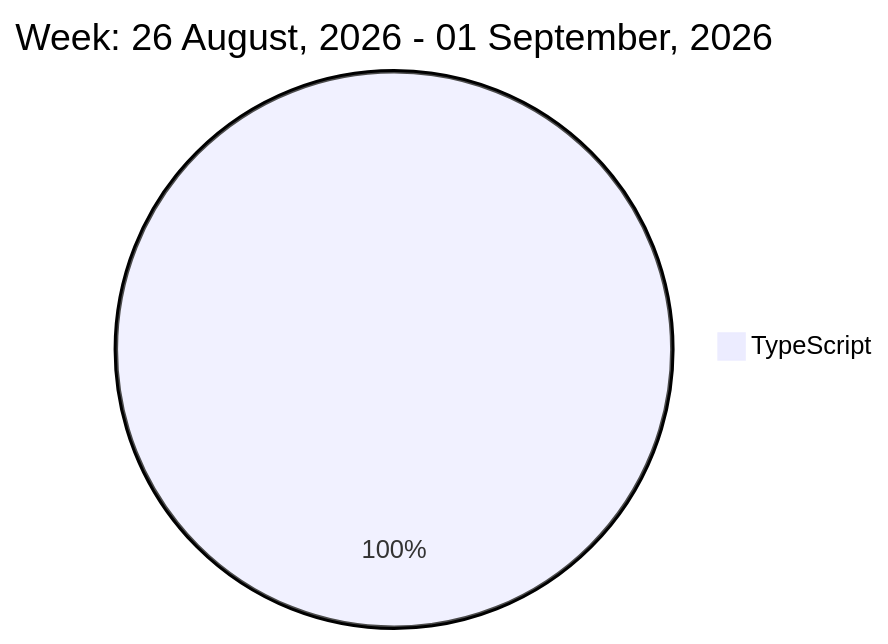
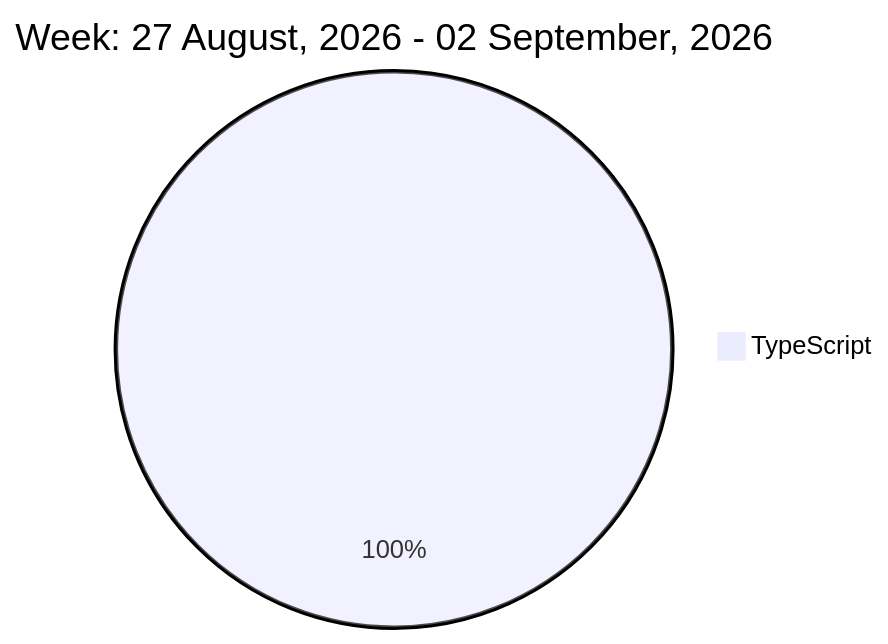
The diagram in README.md (liubin95/liubin95), drawn with Mermaid before and after one commit.

Commit message:
Updated the Graph with new Metrics

````diff
--- a/README.md
+++ b/README.md
@@ -32,5 +32,5 @@
 ```mermaid
  pie
-title Week: 26 August, 2026 - 01 September, 2026
- "TypeScript" : 2.15
+title Week: 27 August, 2026 - 02 September, 2026
+ "TypeScript" : 3.98
 ```
````
